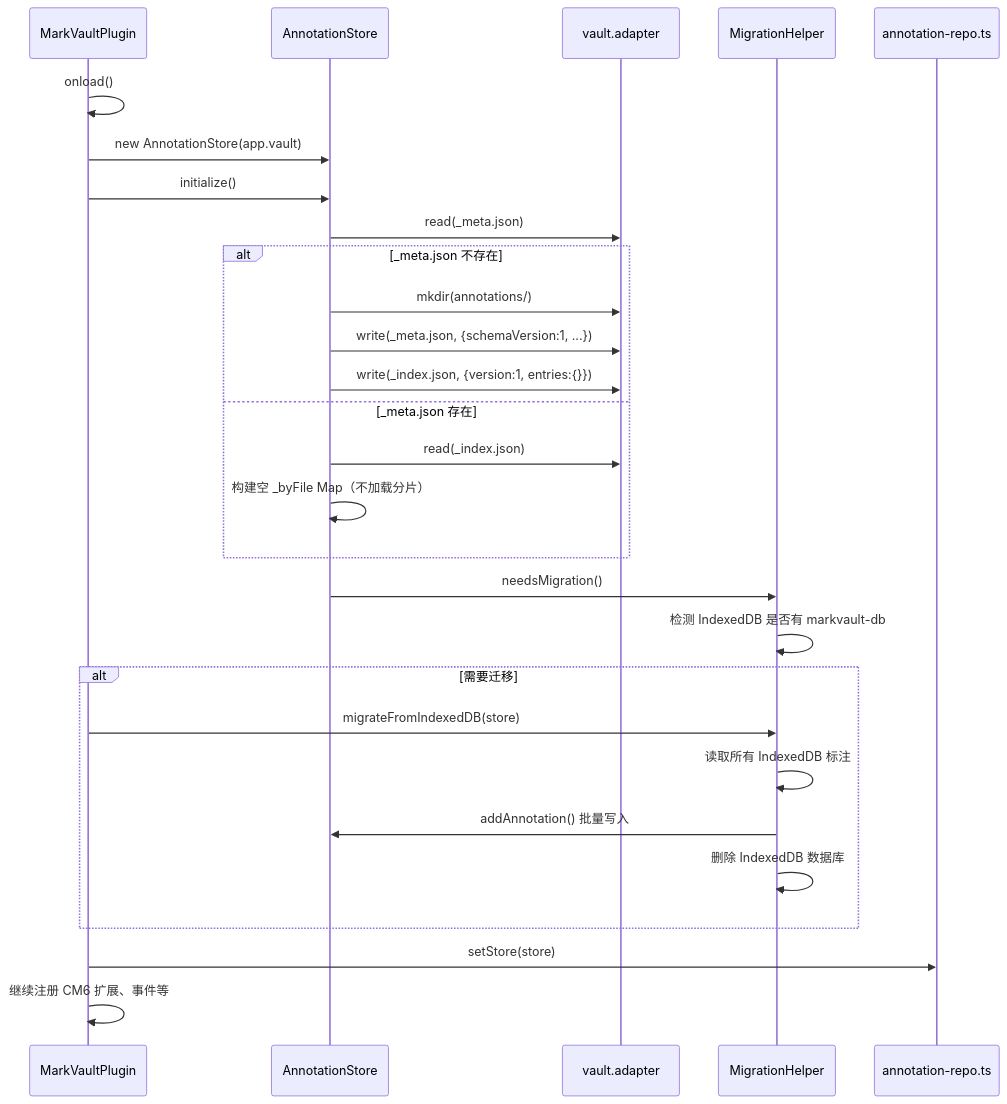
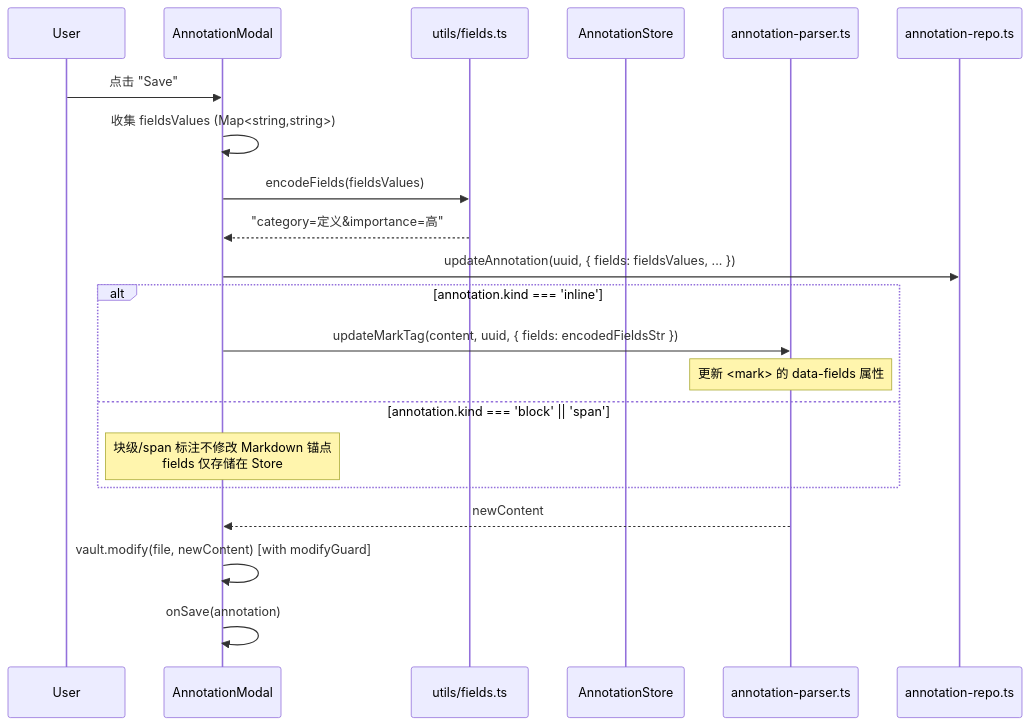
One commit to zc63463-cmyk/obsidian-markvault-js changed the first of 4 diagrams in docs/system_design.md. Above: the diagram before and after it, drawn with Mermaid. The commit also changed other lines of this file and 17 other files, not shown here.

````diff
--- a/docs/system_design.md
+++ b/docs/system_design.md
@@ -543,31 +250,27 @@
 ```mermaid
 sequenceDiagram
-    participant Main as MarkVaultPlugin
+    participant User
+    participant Modal as AnnotationModal
+    participant FieldsUtil as utils/fields.ts
     participant Store as AnnotationStore
-    participant Adapter as vault.adapter
-    participant Migration as MigrationHelper
+    participant Parser as annotation-parser.ts
     participant Repo as annotation-repo.ts
 
-    Main->>Main: onload()
-    Main->>Store: new AnnotationStore(app.vault)
-    Main->>Store: initialize()
-    Store->>Adapter: read(_meta.json)
-    alt _meta.json 不存在
-        Store->>Adapter: mkdir(annotations/)
-        Store->>Adapter: write(_meta.json, {schemaVersion:1, ...})
-        Store->>Adapter: write(_index.json, {version:1, entries:{}})
-    else _meta.json 存在
-        Store->>Adapter: read(_index.json)
-        Store->>Store: 构建空 _byFile Map（不加载分片）
+    User->>Modal: 点击 "Save"
+    Modal->>Modal: 收集 fieldsValues (Map<string,string>)
+    Modal->>FieldsUtil: encodeFields(fieldsValues)
+    FieldsUtil-->>Modal: "category=定义&importance=高"
+
+    Modal->>Repo: updateAnnotation(uuid, { fields: fieldsValues, ... })
+
+    alt annotation.kind === 'inline'
+        Modal->>Parser: updateMarkTag(content, uuid, { fields: encodedFieldsStr })
+        Note over Parser: 更新 <mark> 的 data-fields 属性
+    else annotation.kind === 'block' || 'span'
+        Note over Modal: 块级/span 标注不修改 Markdown 锚点<br/>fields 仅存储在 Store
     end
-    Store->>Migration: needsMigration()
-    Migration->>Migration: 检测 IndexedDB 是否有 markvault-db
-    alt 需要迁移
-        Main->>Migration: migrateFromIndexedDB(store)
-        Migration->>Migration: 读取所有 IndexedDB 标注
-        Migration->>Store: addAnnotation() 批量写入
-        Migration->>Migration: 删除 IndexedDB 数据库
-    end
-    Main->>Repo: setStore(store)
-    Main->>Main: 继续注册 CM6 扩展、事件等
+
+    Parser-->>Modal: newContent
+    Modal->>Modal: vault.modify(file, newContent) [with modifyGuard]
+    Modal->>Modal: onSave(annotation)
 ```
````
